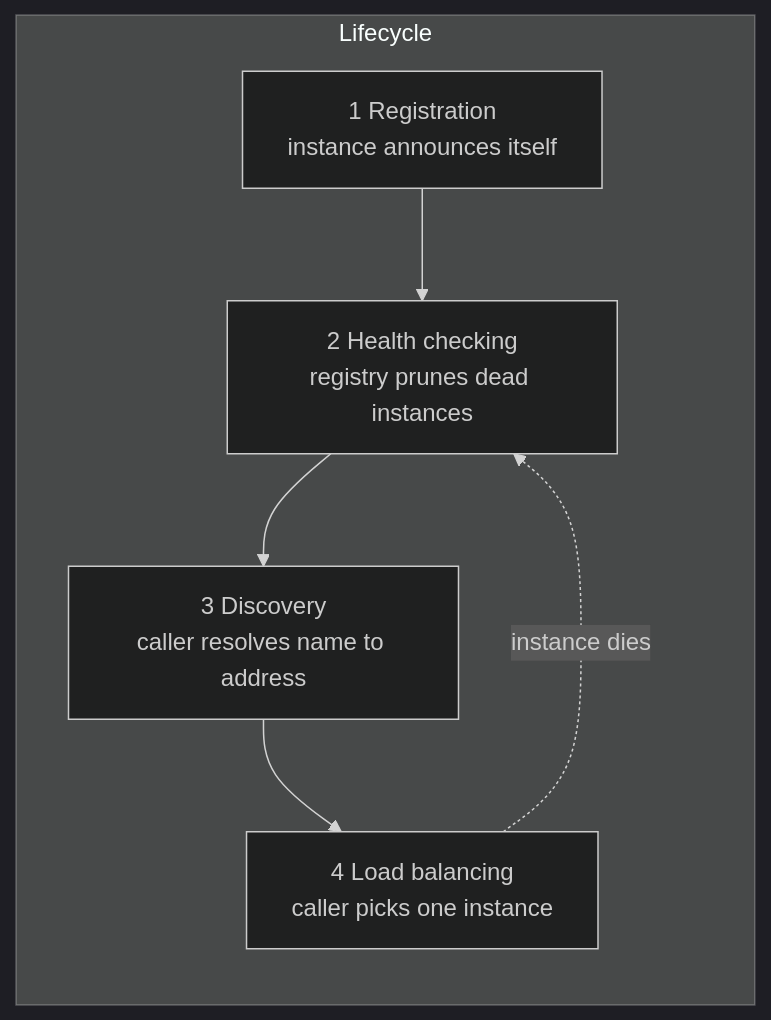
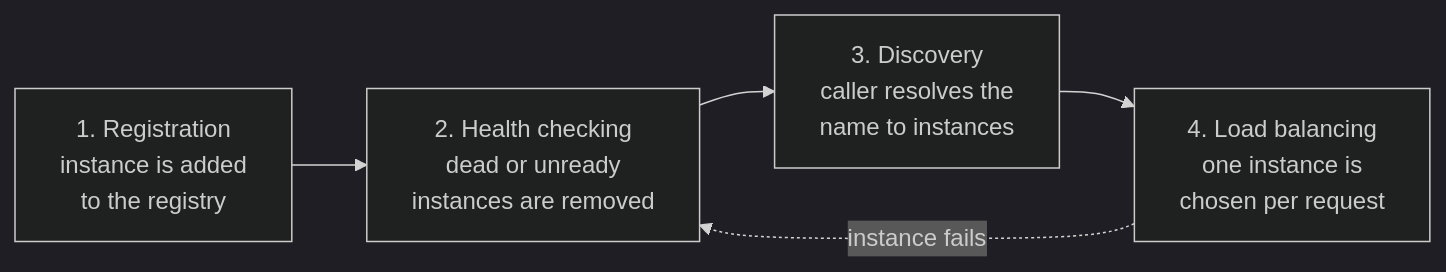
Before and after one commit to AndrewAltimit/Documentation: the first of 7 diagrams in github-pages/docs/distributed-systems/service-discovery.md, drawn with Mermaid (dark theme). The commit also changed other lines of this file and 240 other files, not shown here.

````diff
--- a/github-pages/docs/distributed-systems/service-discovery.md
+++ b/github-pages/docs/distributed-systems/service-discovery.md
@@ -27,9 +26,7 @@
 ```mermaid
 flowchart LR
-    subgraph Lifecycle
-        Reg["1 Registration<br/>instance announces itself"] --> Health["2 Health checking<br/>registry prunes dead instances"]
-        Health --> Disc["3 Discovery<br/>caller resolves name to address"]
-        Disc --> LB["4 Load balancing<br/>caller picks one instance"]
-    end
-    LB -.->|instance dies| Health
+    Reg["1. Registration<br/>instance is added<br/>to the registry"] --> Health["2. Health checking<br/>dead or unready<br/>instances are removed"]
+    Health --> Disc["3. Discovery<br/>caller resolves the<br/>name to instances"]
+    Disc --> LB["4. Load balancing<br/>one instance is<br/>chosen per request"]
+    LB -.->|instance fails| Health
 ```
````
